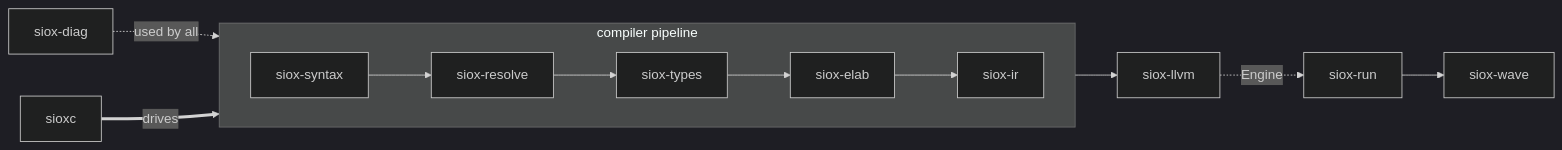
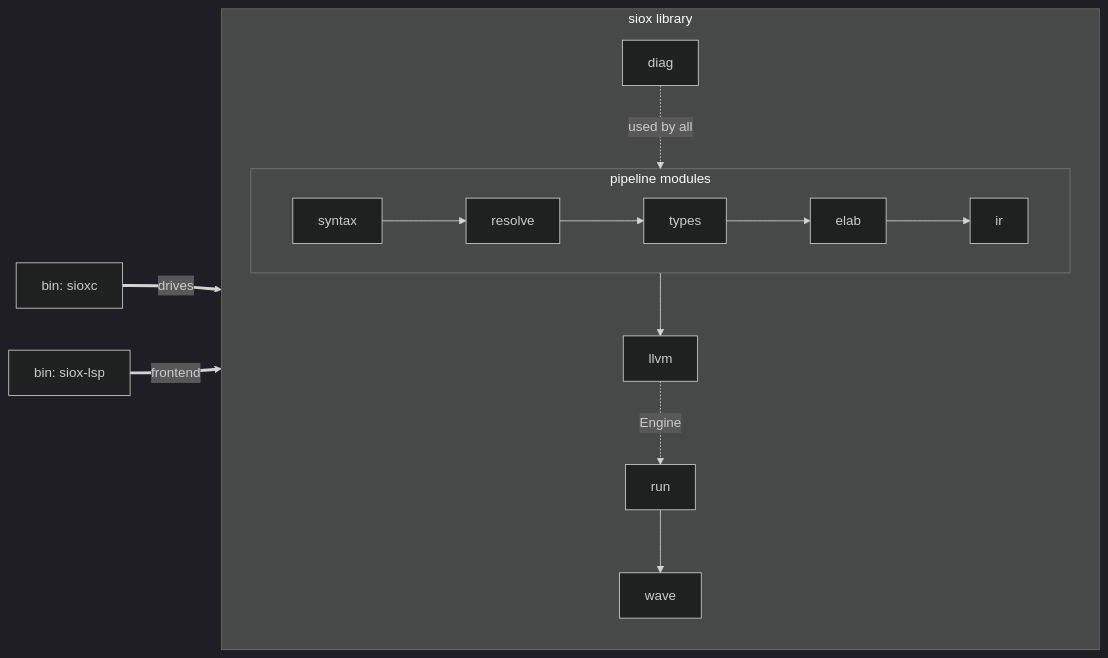
The first of 2 diagrams in docs/architecture.md (Siox-lang/sioxc), drawn with Mermaid (dark theme) before and after one commit. The commit also changed other lines of this file and 75 other files, not shown here.

````diff
--- a/docs/architecture.md
+++ b/docs/architecture.md
@@ -8,12 +10,15 @@
 ```mermaid
 flowchart LR
-    subgraph pipeline [compiler pipeline]
-        direction LR
-        SY[siox-syntax] --> RE[siox-resolve] --> TY[siox-types] --> EL[siox-elab] --> IR[siox-ir]
+    subgraph lib [siox library]
+        subgraph pipeline [pipeline modules]
+            direction LR
+            SY[syntax] --> RE[resolve] --> TY[types] --> EL[elab] --> IR[ir]
+        end
+        IR --> LL[llvm]
+        LL -. Engine .-> RUN[run]
+        RUN --> WA[wave]
+        DIAG[diag] -. used by all .-> pipeline
     end
-    IR --> LL[siox-llvm]
-    LL -. Engine .-> RUN[siox-run]
-    RUN --> WA[siox-wave]
-    DIAG[siox-diag] -. used by all .-> pipeline
-    CLI[sioxc] == drives ==> pipeline
+    CLI[bin: sioxc] == drives ==> lib
+    LSP[bin: siox-lsp] == frontend ==> lib
 ```
````
